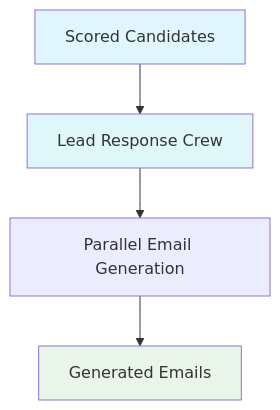
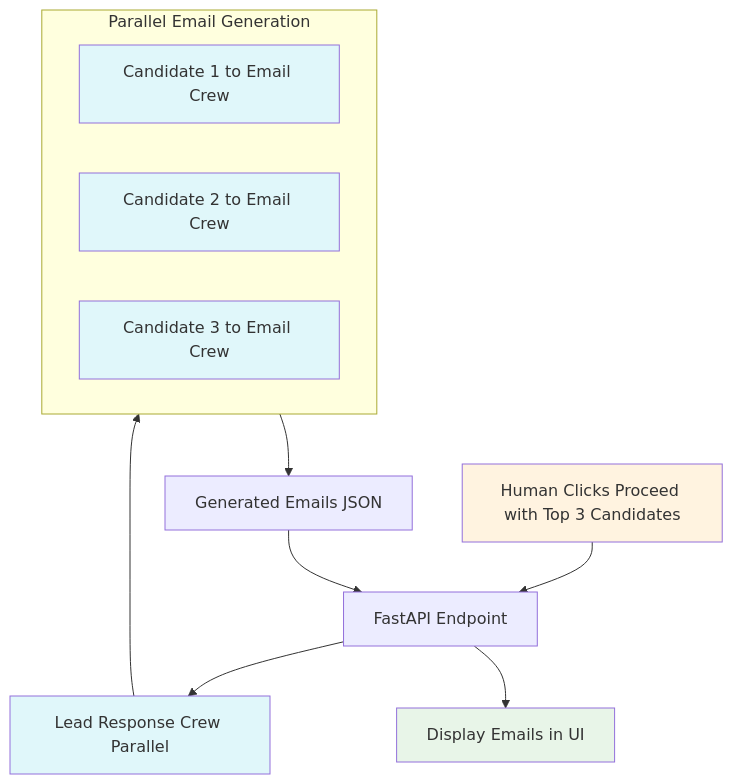
One commit to learnwithparam/monkey-kata changed the fifth of 5 diagrams in api/demos/lead_scoring/README.md. Above: the diagram before and after it, drawn with Mermaid. The commit also changed other lines of this file and 4 other files, not shown here.

````diff
--- a/api/demos/lead_scoring/README.md
+++ b/api/demos/lead_scoring/README.md
@@ -143,9 +170,23 @@
   ```mermaid
   graph TD
-      A["Scored Candidates"] --> B["Lead Response Crew"]
-      B --> C["Parallel Email Generation"]
-      C --> D["Generated Emails"]
-      style A fill:#e1f5fe
-      style B fill:#e0f7fa
-      style D fill:#e8f5e8
+      A[Human Clicks Proceed with Top 3 Candidates] --> B[FastAPI Endpoint]
+      B --> C[Lead Response Crew Parallel]
+      
+      subgraph Parallel[Parallel Email Generation]
+          C1[Candidate 1 to Email Crew]
+          C2[Candidate 2 to Email Crew]
+          C3[Candidate 3 to Email Crew]
+      end
+      
+      C --> Parallel
+      Parallel --> D[Generated Emails JSON]
+      D --> B
+      B --> E[Display Emails in UI]
+
+      style A fill:#fff3e0
+      style C fill:#e0f7fa
+      style C1 fill:#e0f7fa
+      style C2 fill:#e0f7fa
+      style C3 fill:#e0f7fa
+      style E fill:#e8f5e8
   ```
````
